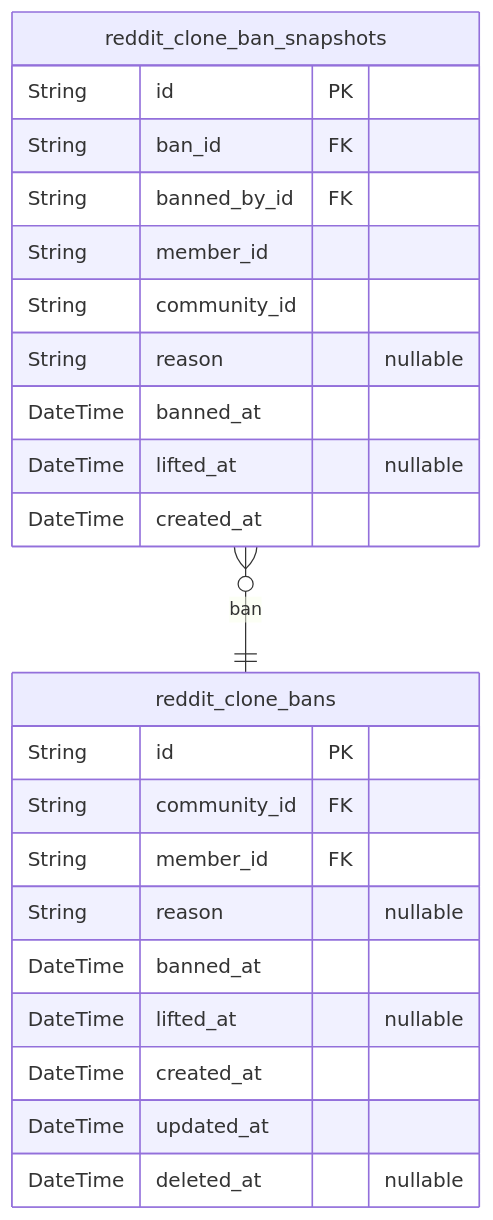
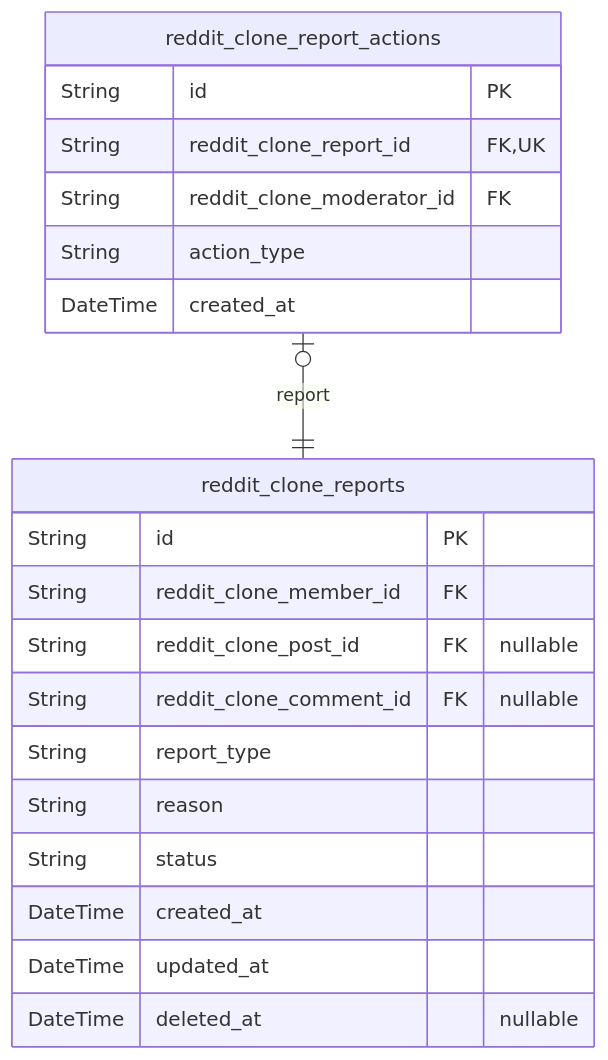
Before and after one commit to wrtnlabs/autobe-examples: the sixth of 6 diagrams in qwen/qwen3.5-27b/reddit/docs/ERD.md, drawn with Mermaid. The commit also changed other lines of this file and 32093 other files, not shown here.

````diff
--- a/qwen/qwen3.5-27b/reddit/docs/ERD.md
+++ b/qwen/qwen3.5-27b/reddit/docs/ERD.md
@@ -1015,26 +1250,23 @@
 ```mermaid
 erDiagram
-"reddit_clone_bans" {
+"reddit_clone_reports" {
   String id PK
-  String community_id FK
-  String member_id FK
-  String reason "nullable"
-  DateTime banned_at
-  DateTime lifted_at "nullable"
+  String reddit_clone_member_id FK
+  String reddit_clone_post_id FK "nullable"
+  String reddit_clone_comment_id FK "nullable"
+  String report_type
+  String reason
+  String status
   DateTime created_at
   DateTime updated_at
   DateTime deleted_at "nullable"
 }
-"reddit_clone_ban_snapshots" {
+"reddit_clone_report_actions" {
   String id PK
-  String ban_id FK
-  String banned_by_id FK
-  String member_id
-  String community_id
-  String reason "nullable"
-  DateTime banned_at
-  DateTime lifted_at "nullable"
+  String reddit_clone_report_id FK,UK
+  String reddit_clone_moderator_id FK
+  String action_type
   DateTime created_at
 }
-"reddit_clone_ban_snapshots" }o--|| "reddit_clone_bans" : ban
+"reddit_clone_report_actions" |o--|| "reddit_clone_reports" : report
 ```
````
